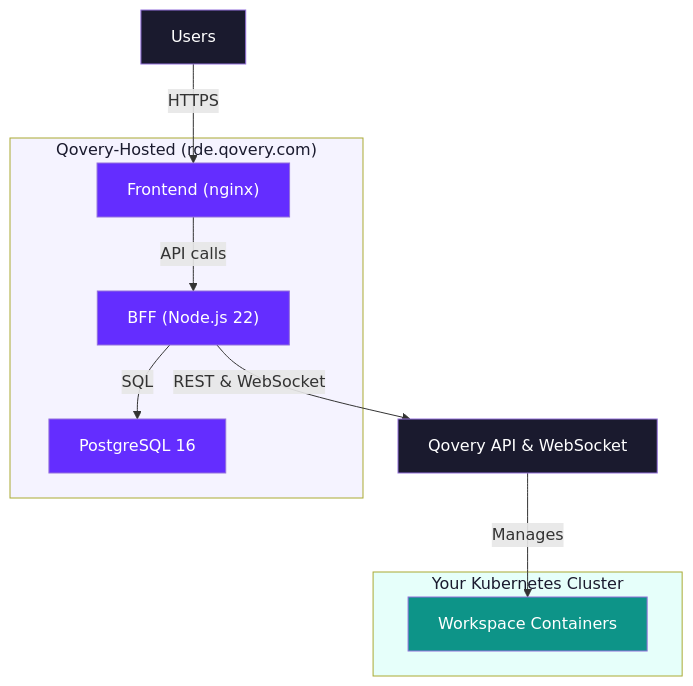
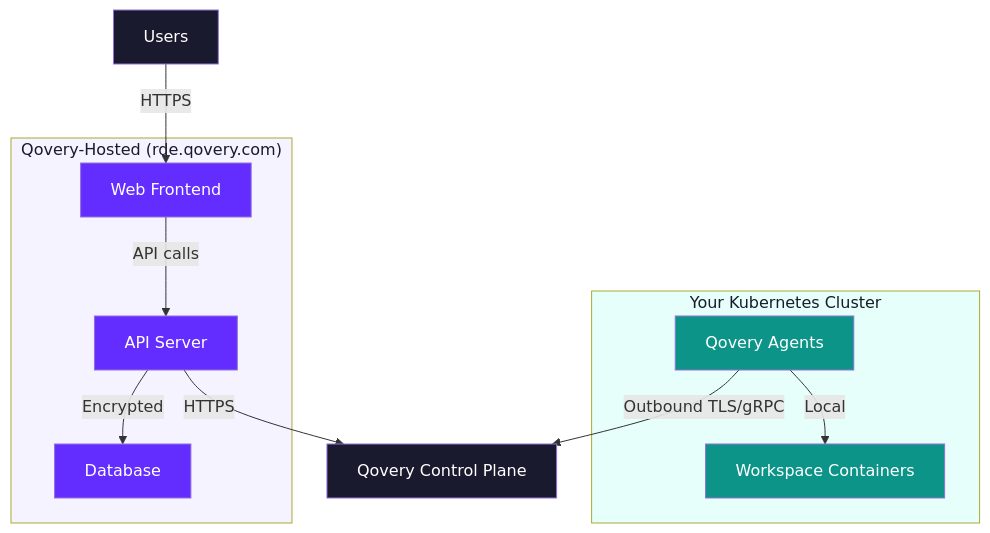
Before and after one commit to Qovery/documentation: the fourth of 4 diagrams in docs/rde/reference/architecture.mdx, drawn with Mermaid. The commit also changed other lines of this file and 3 other files, not shown here.

````diff
--- a/docs/rde/reference/architecture.mdx
+++ b/docs/rde/reference/architecture.mdx
@@ -232,27 +242,30 @@
 ```mermaid
 flowchart TB
     subgraph Qovery["Qovery-Hosted (rde.qovery.com)"]
-        FE["Frontend (nginx)"]
-        BFF["BFF (Node.js 22)"]
-        DB["PostgreSQL 16"]
+        FE["Web Frontend"]
+        API["API Server"]
+        DB["Database"]
     end
 
     subgraph YourCluster["Your Kubernetes Cluster"]
-        WS1["Workspace Containers"]
+        Agents["Qovery Agents"]
+        WS["Workspace Containers"]
     end
 
     Users["Users"] -->|"HTTPS"| FE
-    FE -->|"API calls"| BFF
-    BFF -->|"SQL"| DB
-    BFF -->|"REST & WebSocket"| QoveryAPI["Qovery API & WebSocket"]
-    QoveryAPI -->|"Manages"| WS1
+    FE -->|"API calls"| API
+    API -->|"Encrypted"| DB
+    API -->|"HTTPS"| CP["Qovery Control Plane"]
+    Agents -->|"Outbound TLS/gRPC"| CP
+    Agents -->|"Local"| WS
 
     style FE fill:#642DFF,color:#fff
-    style BFF fill:#642DFF,color:#fff
+    style API fill:#642DFF,color:#fff
     style DB fill:#642DFF,color:#fff
     style Qovery fill:#f5f3ff,color:#1a1a2e
     style YourCluster fill:#e6fffa,color:#1a1a2e
-    style WS1 fill:#0d9488,color:#fff
+    style Agents fill:#0d9488,color:#fff
+    style WS fill:#0d9488,color:#fff
     style Users fill:#1a1a2e,color:#fff
-    style QoveryAPI fill:#1a1a2e,color:#fff
+    style CP fill:#1a1a2e,color:#fff
 ```
````
